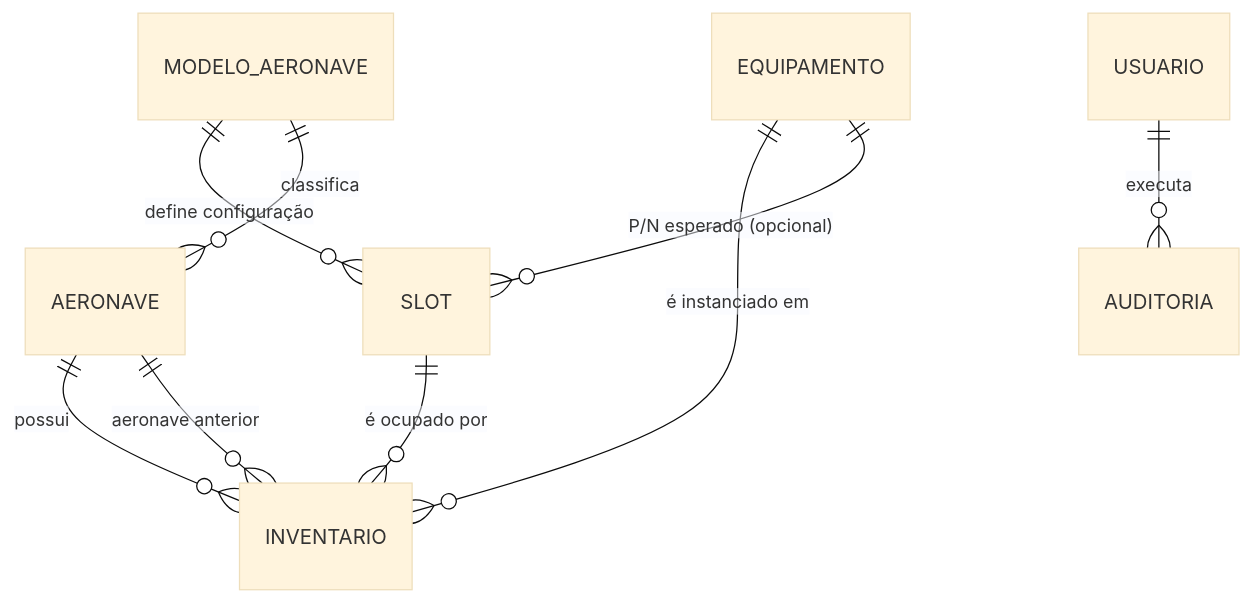
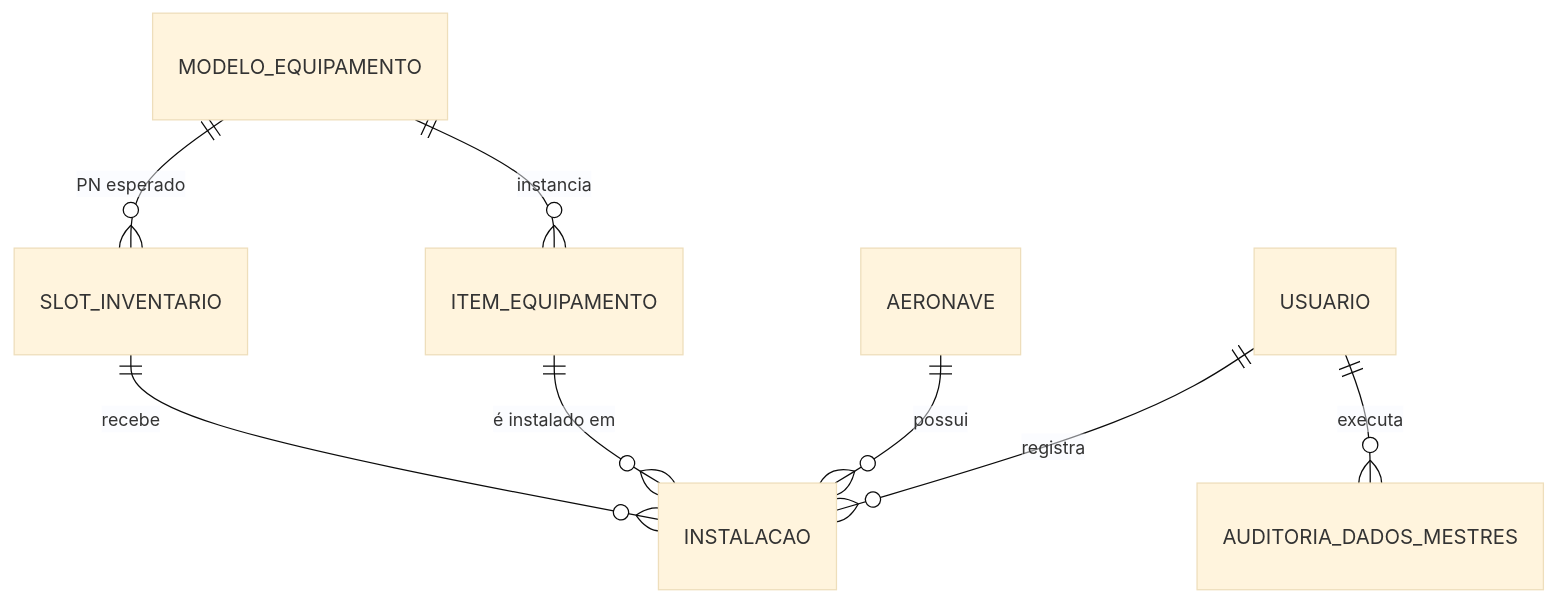
Before and after one commit to BrGarcia/saa29: the diagram in docs/backlog/modulo_inventario/enhange_gerenciar_inventario.md, drawn with Mermaid (base theme). The commit also changed other lines of this file and 1 other file, not shown here.

````diff
--- a/docs/backlog/modulo_inventario/enhange_gerenciar_inventario.md
+++ b/docs/backlog/modulo_inventario/enhange_gerenciar_inventario.md
@@ -129,11 +135,10 @@
 ```mermaid
 erDiagram
-    MODELO_AERONAVE ||--o{ SLOT : "define configuração"
-    MODELO_AERONAVE ||--o{ AERONAVE : "classifica"
-    AERONAVE ||--o{ INVENTARIO : "possui"
-    SLOT ||--o{ INVENTARIO : "é ocupado por"
-    EQUIPAMENTO ||--o{ INVENTARIO : "é instanciado em"
-    EQUIPAMENTO ||--o{ SLOT : "P/N esperado (opcional)"
-    AERONAVE ||--o{ INVENTARIO : "aeronave anterior"
-    USUARIO ||--o{ AUDITORIA : "executa"
+    MODELO_EQUIPAMENTO ||--o{ SLOT_INVENTARIO : "PN esperado"
+    MODELO_EQUIPAMENTO ||--o{ ITEM_EQUIPAMENTO : "instancia"
+    SLOT_INVENTARIO ||--o{ INSTALACAO : "recebe"
+    ITEM_EQUIPAMENTO ||--o{ INSTALACAO : "é instalado em"
+    AERONAVE ||--o{ INSTALACAO : "possui"
+    USUARIO ||--o{ INSTALACAO : "registra"
+    USUARIO ||--o{ AUDITORIA_DADOS_MESTRES : "executa"
 ```
````
